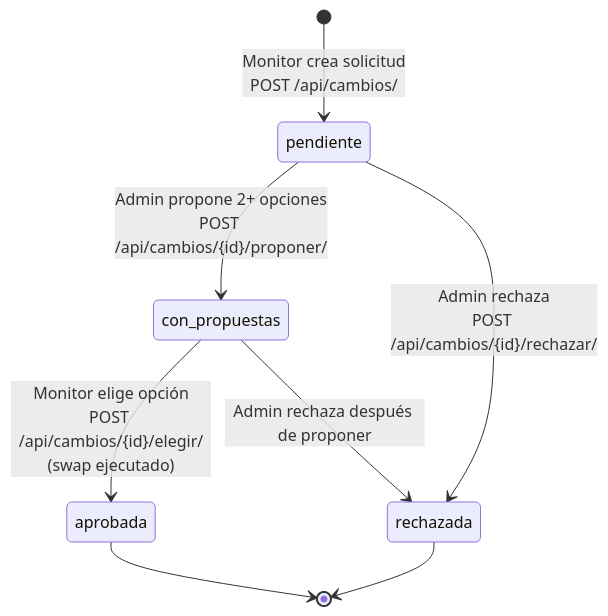
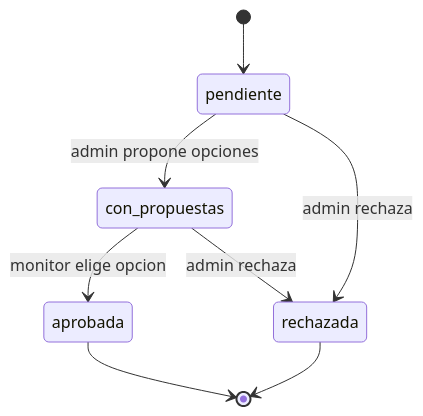
Before and after one commit to FilipaoVfx/Sistema-de-gestion-de-monitores: the seventh of 10 diagrams in README.md, drawn with Mermaid. The commit also changed other lines of this file, not shown here.

Commit message:
docs(readme): sync Mermaid fix from feature/drf-api

````diff
--- a/README.md
+++ b/README.md
@@ -508,10 +508,10 @@
 ```mermaid
 stateDiagram-v2
-    [*] --> pendiente : Monitor crea solicitud<br/>POST /api/cambios/
-    pendiente --> con_propuestas : Admin propone 2+ opciones<br/>POST /api/cambios/{id}/proponer/
-    pendiente --> rechazada : Admin rechaza<br/>POST /api/cambios/{id}/rechazar/
-    con_propuestas --> aprobada : Monitor elige opción<br/>POST /api/cambios/{id}/elegir/<br/>(swap ejecutado)
-    con_propuestas --> rechazada : Admin rechaza después de proponer
+    [*] --> pendiente
+    pendiente --> con_propuestas : admin propone opciones
+    pendiente --> rechazada : admin rechaza
+    con_propuestas --> aprobada : monitor elige opcion
+    con_propuestas --> rechazada : admin rechaza
     aprobada --> [*]
     rechazada --> [*]
 ```
````
